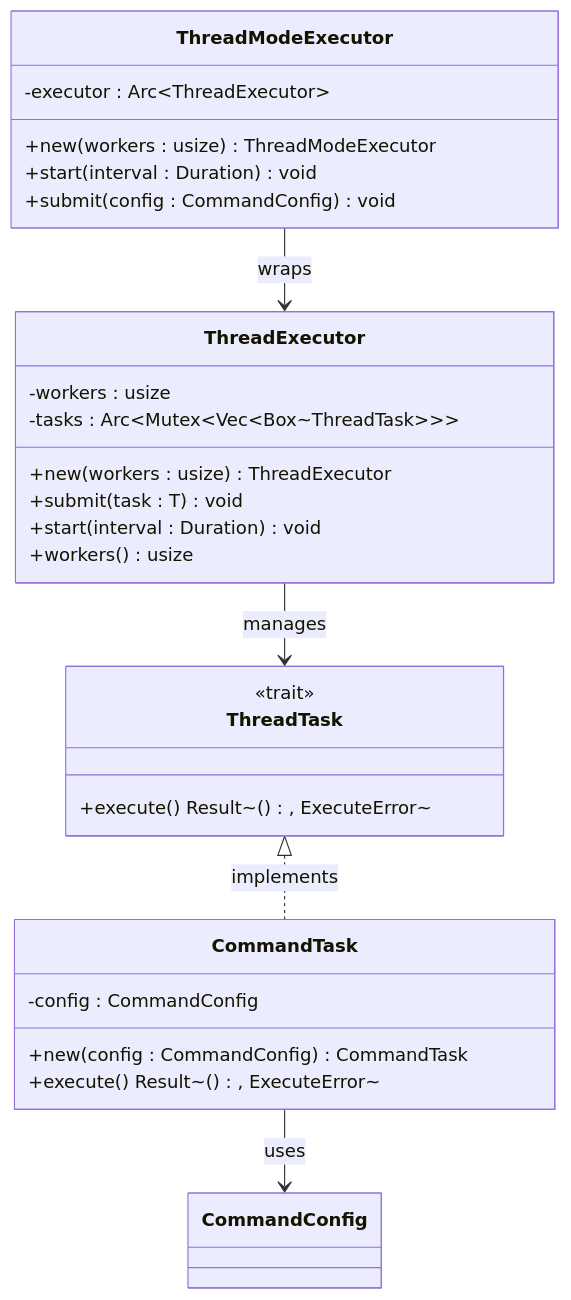
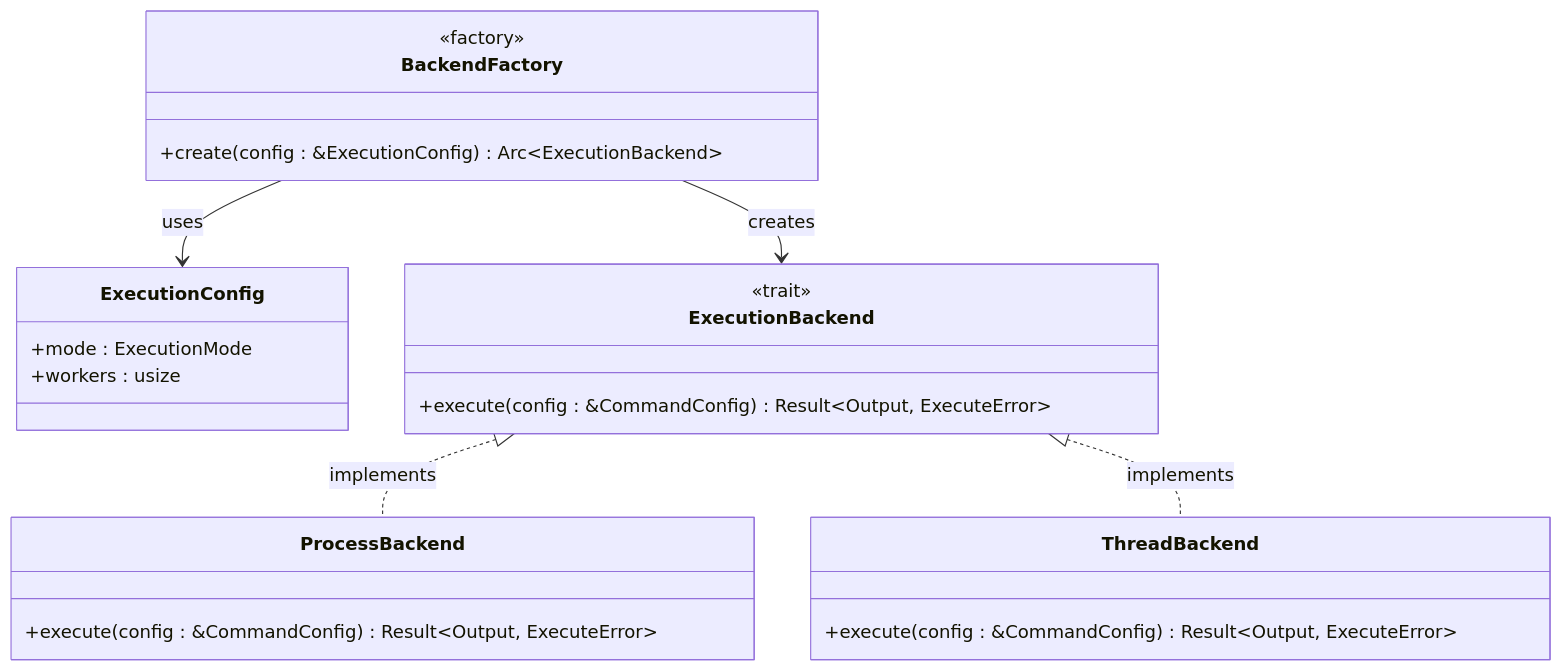
The seventh of 9 diagrams in .qoder/repowiki/zh/content/执行器系统/执行器系统.md (xcry2006/execute), drawn with Mermaid before and after one commit. The commit also changed other lines of this file and 9 other files, not shown here.

````diff
--- a/.qoder/repowiki/zh/content/执行器系统/执行器系统.md
+++ b/.qoder/repowiki/zh/content/执行器系统/执行器系统.md
@@ -316,30 +310,25 @@
 ```mermaid
 classDiagram
-class ThreadTask {
+class BackendFactory {
+<<factory>>
++create(config : &ExecutionConfig) Arc~ExecutionBackend~
+}
+class ExecutionConfig {
++mode : ExecutionMode
++workers : usize
+}
+class ExecutionBackend {
 <<trait>>
-+execute() Result~(), ExecuteError~
++execute(config : &CommandConfig) Result~Output, ExecuteError~
 }
-class ThreadExecutor {
--workers : usize
--tasks : Arc~Mutex~Vec~Box~ThreadTask~~~
-+new(workers : usize) ThreadExecutor
-+submit<T : ThreadTask>(task : T) void
-+start(interval : Duration) void
-+workers() usize
+class ProcessBackend {
++execute(config : &CommandConfig) Result~Output, ExecuteError~
 }
-class CommandTask {
--config : CommandConfig
-+new(config : CommandConfig) CommandTask
-+execute() Result~(), ExecuteError~
+class ThreadBackend {
++execute(config : &CommandConfig) Result~Output, ExecuteError~
 }
-class ThreadModeExecutor {
--executor : Arc~ThreadExecutor~
-+new(workers : usize) ThreadModeExecutor
-+start(interval : Duration) void
-+submit(config : CommandConfig) void
-}
-ThreadTask <|.. CommandTask : implements
-ThreadExecutor --> ThreadTask : manages
-ThreadModeExecutor --> ThreadExecutor : wraps
-CommandTask --> CommandConfig : uses
+BackendFactory --> ExecutionConfig : uses
+BackendFactory --> ExecutionBackend : creates
+ExecutionBackend <|.. ProcessBackend : implements
+ExecutionBackend <|.. ThreadBackend : implements
 ```
````
